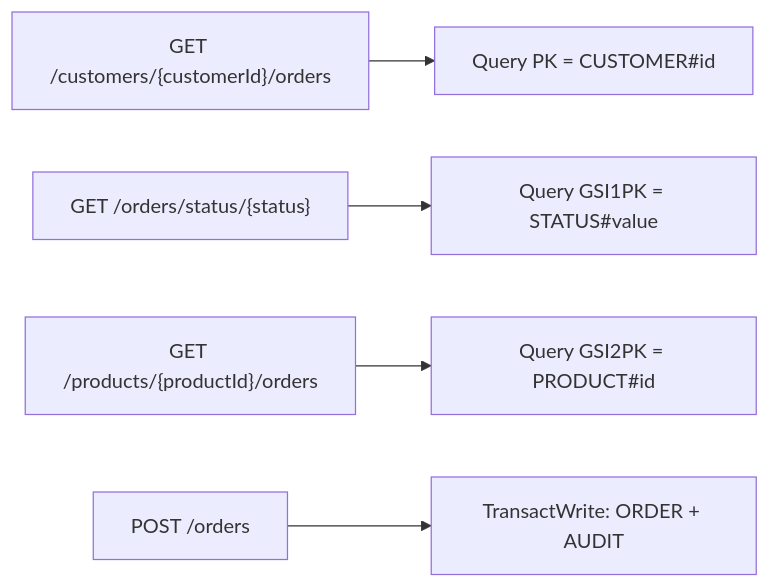
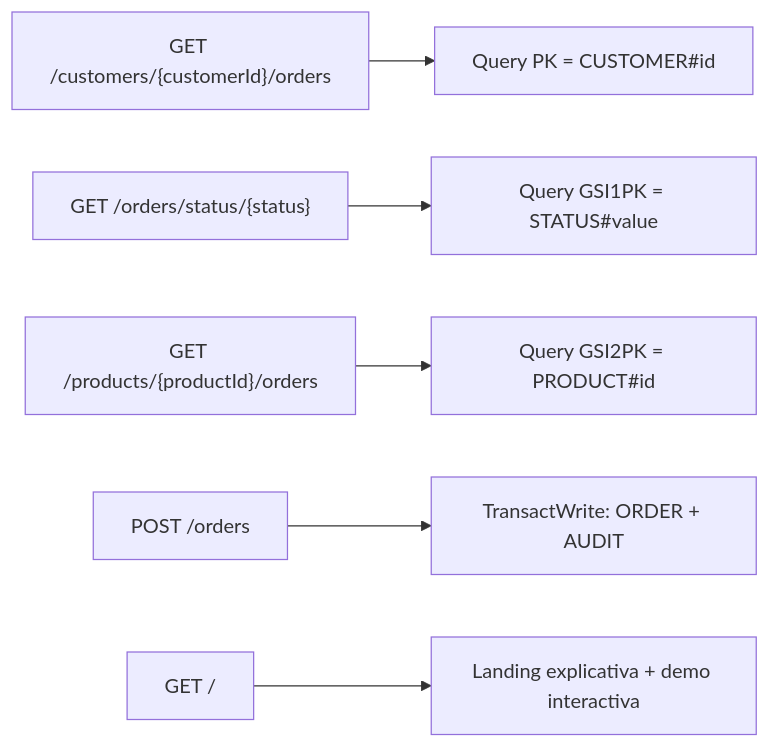
One commit to vladimiracunadev-create/proyectos-aws changed the third of 4 diagrams in caso-e-dynamodb-persistence/docs/architecture.md. Above: the diagram before and after it, drawn with Mermaid. The commit also changed other lines of this file and 5 other files, not shown here.

````diff
--- a/caso-e-dynamodb-persistence/docs/architecture.md
+++ b/caso-e-dynamodb-persistence/docs/architecture.md
@@ -79,7 +82,8 @@
 ```mermaid
 graph LR
     A["GET /customers/{customerId}/orders"] --> B["Query PK = CUSTOMER#id"]
     C["GET /orders/status/{status}"] --> D["Query GSI1PK = STATUS#value"]
     E["GET /products/{productId}/orders"] --> F["Query GSI2PK = PRODUCT#id"]
     G["POST /orders"] --> H["TransactWrite: ORDER + AUDIT"]
+    I["GET /"] --> J["Landing explicativa + demo interactiva"]
 ```
````
